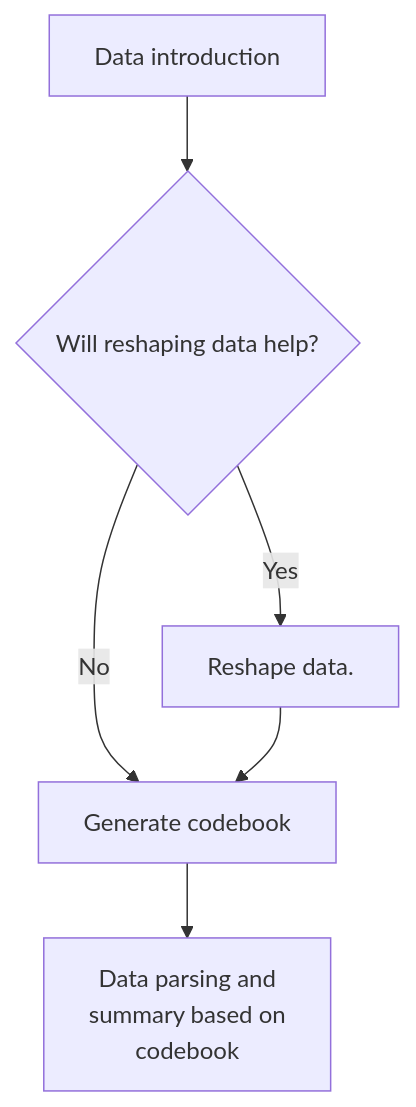
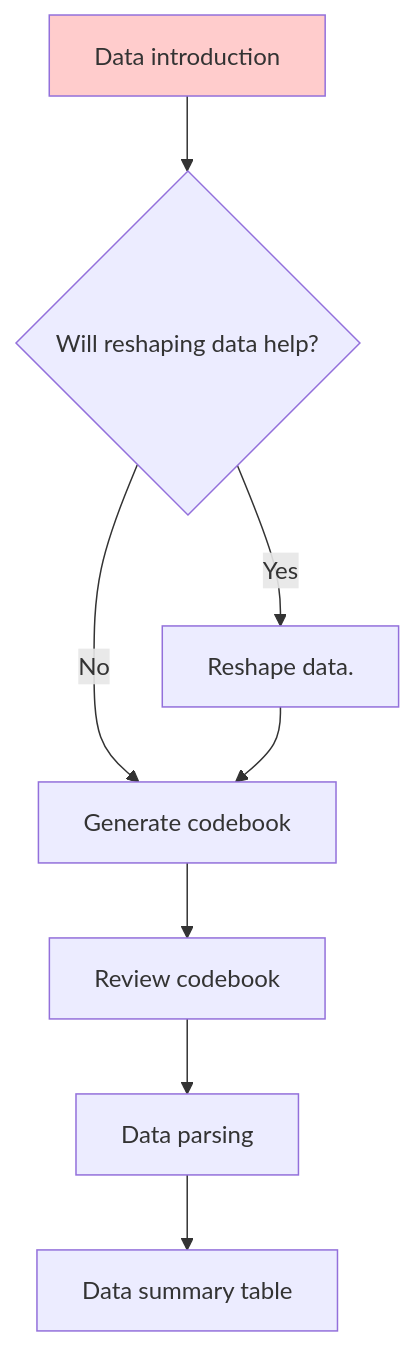
The diagram in Lecture-notes/05-hello-data.md (tpemartin/113-2-data-visualization), drawn with Mermaid before and after one commit. The commit also changed other lines of this file and 5 other files, not shown here.

````diff
--- a/Lecture-notes/05-hello-data.md
+++ b/Lecture-notes/05-hello-data.md
@@ -22,10 +23,11 @@
 ```mermaid
 graph TD
     A["`Data introduction`"] --> B{"`Will reshaping data help?`"}
     B -->|Yes| C["`Reshape data.`"]
     B -->|No| D["`Generate codebook`"]
+    style A fill:#ffcccc
+    D --> G["`Review codebook`"]
     C --> D
-    D --> F[""`Data parsing and 
-    summary based on 
-    codebook`""]
+    G --> F[""`Data parsing`""]
+    F --> H["`Data summary table`"]
 ```
````
